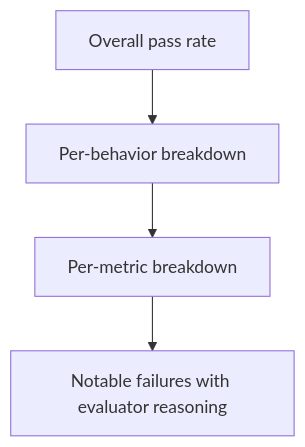
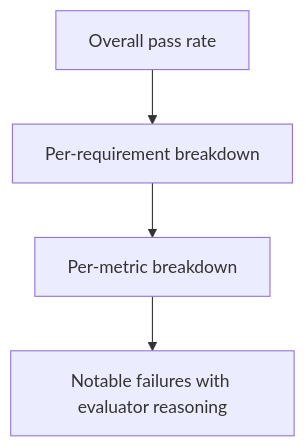
One commit to rhesis-ai/rhesis changed the diagram in docs/content/docs/architect/execution-and-analysis.mdx. Above: the diagram before and after it, drawn with Mermaid. The commit also changed other lines of this file and 41 other files, not shown here.

First line of the commit message:
docs: rename remaining Behavior mentions to Requirement

````diff
--- a/docs/content/docs/architect/execution-and-analysis.mdx
+++ b/docs/content/docs/architect/execution-and-analysis.mdx
@@ -17,11 +17,11 @@
 ```mermaid
 flowchart TD
     overall["Overall pass rate"]
-    behavior["Per-behavior breakdown"]
+    requirement["Per-requirement breakdown"]
     metric["Per-metric breakdown"]
     failures["Notable failures with evaluator reasoning"]
 
-    overall --> behavior
-    behavior --> metric
+    overall --> requirement
+    requirement --> metric
     metric --> failures
 ```
````
